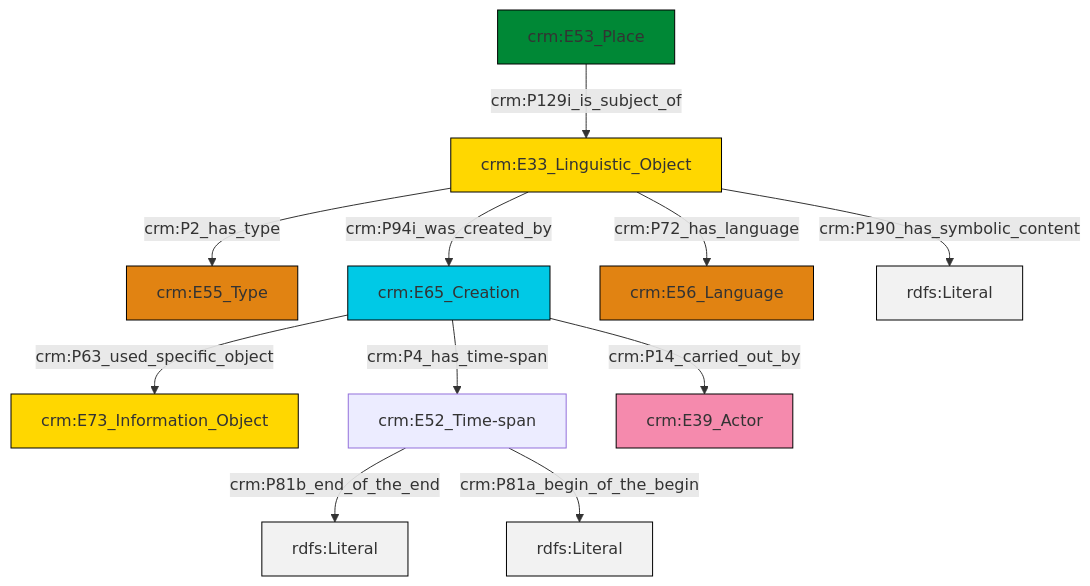
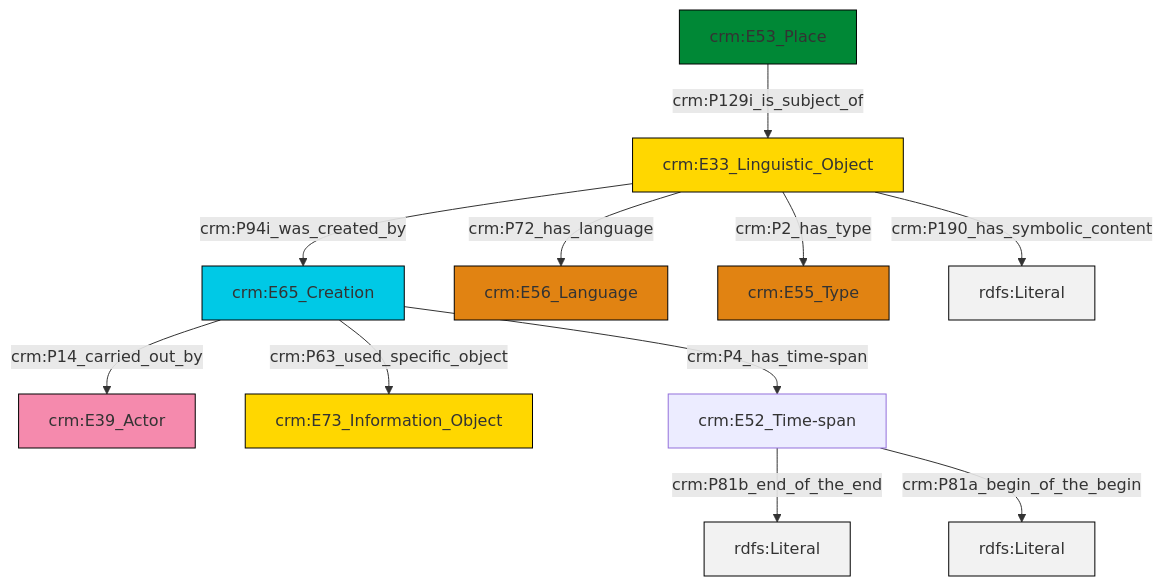
The diagram in et/placeCSV/ttl/mmd/place_description.ttl.mmd (swiss-art-research-net/reference-data-models), drawn with Mermaid before and after one commit. The commit also changed 127 other files, not shown here.

```diff
--- a/et/placeCSV/ttl/mmd/place_description.ttl.mmd
+++ b/et/placeCSV/ttl/mmd/place_description.ttl.mmd
@@ -1,25 +1,25 @@
 graph TD
 classDef Literal fill:#f2f2f2,stroke:#000000;
 classDef CRM_Entity fill:#FFFFFF,stroke:#000000;
 classDef Temporal_Entity fill:#00C9E6, stroke:#000000;
 classDef Type fill:#E18312, stroke:#000000;
 classDef Time-Span fill:#2C9C91, stroke:#000000;
 classDef Appellation fill:#FFEB7F, stroke:#000000;
 classDef Place fill:#008836, stroke:#000000;
 classDef Persistent_Item fill:#B266B2, stroke:#000000;
 classDef Conceptual_Object fill:#FFD700, stroke:#000000;
 classDef Physical_Thing fill:#D2B48C, stroke:#000000;
 classDef Actor fill:#f58aad, stroke:#000000;
 classDef PC_Classes fill:#4ce600, stroke:#000000;
 classDef Multi fill:#cccccc,stroke:#000000;
 
-0["crm:E33_Linguistic_Object"]:::Conceptual_Object -->|crm:P2_has_type| 1["crm:E55_Type"]:::Type
-5["crm:E52_Time-span"]:::Default -->|crm:P81b_end_of_the_end| 6[rdfs:Literal]:::Literal
-0["crm:E33_Linguistic_Object"]:::Conceptual_Object -->|crm:P94i_was_created_by| 7["crm:E65_Creation"]:::Temporal_Entity
-7["crm:E65_Creation"]:::Temporal_Entity -->|crm:P4_has_time-span| 5["crm:E52_Time-span"]:::Default
-9["crm:E53_Place"]:::Place -->|crm:P129i_is_subject_of| 0["crm:E33_Linguistic_Object"]:::Conceptual_Object
-5["crm:E52_Time-span"]:::Default -->|crm:P81a_begin_of_the_begin| 12[rdfs:Literal]:::Literal
-7["crm:E65_Creation"]:::Temporal_Entity -->|crm:P63_used_specific_object| 3["crm:E73_Information_Object"]:::Conceptual_Object
-7["crm:E65_Creation"]:::Temporal_Entity -->|crm:P14_carried_out_by| 13["crm:E39_Actor"]:::Actor
-0["crm:E33_Linguistic_Object"]:::Conceptual_Object -->|crm:P190_has_symbolic_content| 17[rdfs:Literal]:::Literal
-0["crm:E33_Linguistic_Object"]:::Conceptual_Object -->|crm:P72_has_language| 10["crm:E56_Language"]:::Type
+2["crm:E65_Creation"]:::Temporal_Entity -->|crm:P63_used_specific_object| 3["crm:E73_Information_Object"]:::Conceptual_Object
+8["crm:E33_Linguistic_Object"]:::Conceptual_Object -->|crm:P2_has_type| 6["crm:E55_Type"]:::Type
+8["crm:E33_Linguistic_Object"]:::Conceptual_Object -->|crm:P190_has_symbolic_content| 9[rdfs:Literal]:::Literal
+8["crm:E33_Linguistic_Object"]:::Conceptual_Object -->|crm:P94i_was_created_by| 2["crm:E65_Creation"]:::Temporal_Entity
+11["crm:E53_Place"]:::Place -->|crm:P129i_is_subject_of| 8["crm:E33_Linguistic_Object"]:::Conceptual_Object
+8["crm:E33_Linguistic_Object"]:::Conceptual_Object -->|crm:P72_has_language| 4["crm:E56_Language"]:::Type
+12["crm:E52_Time-span"]:::Default -->|crm:P81b_end_of_the_end| 13[rdfs:Literal]:::Literal
+12["crm:E52_Time-span"]:::Default -->|crm:P81a_begin_of_the_begin| 15[rdfs:Literal]:::Literal
+2["crm:E65_Creation"]:::Temporal_Entity -->|crm:P14_carried_out_by| 0["crm:E39_Actor"]:::Actor
+2["crm:E65_Creation"]:::Temporal_Entity -->|crm:P4_has_time-span| 12["crm:E52_Time-span"]:::Default
```
